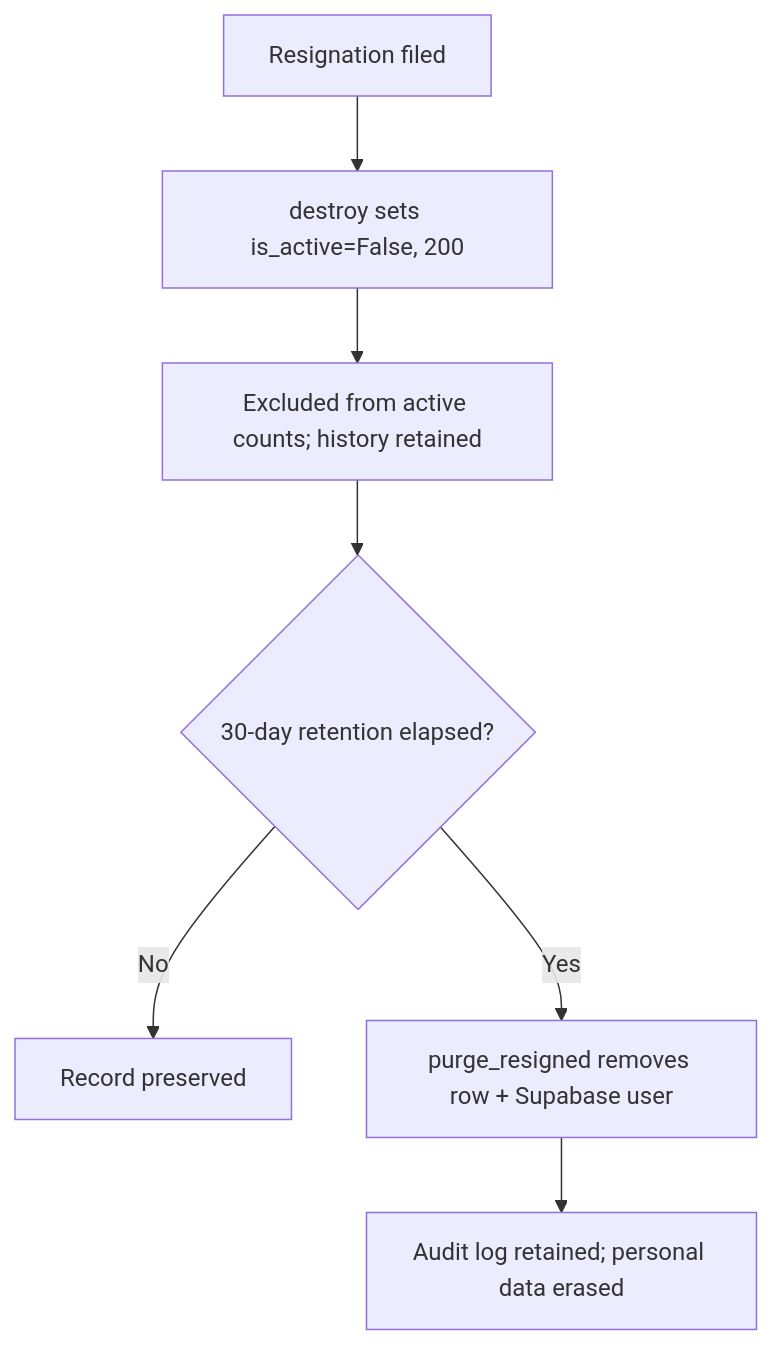
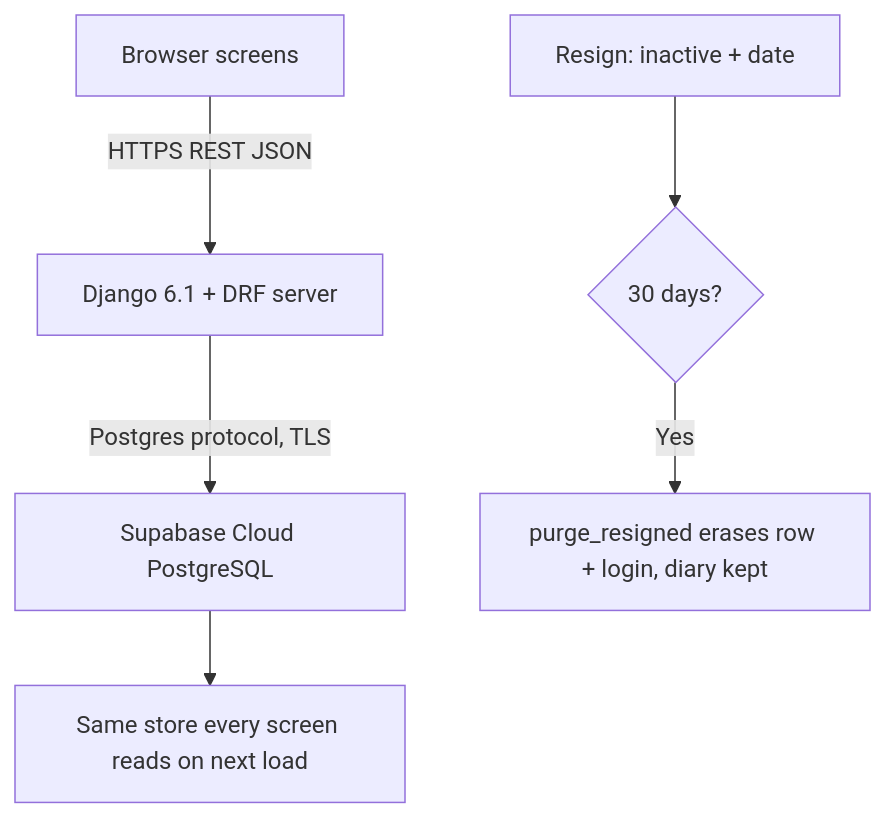
Before and after one commit to kc4el/kumon-ems-: the fifth of 5 diagrams in docs/chapter3/CHAPTER3.md, drawn with Mermaid. The commit also changed other lines of this file and 9 other files, not shown here.

Commit message:
docs: add Chapter 3 documentation on research design, system architecture, and project setup files

````diff
--- a/docs/chapter3/CHAPTER3.md
+++ b/docs/chapter3/CHAPTER3.md
@@ -129,9 +172,8 @@
 ```mermaid
 flowchart TD
-    A[Resignation filed] --> B[destroy sets is_active=False, 200]
-    B --> C[Excluded from active counts; history retained]
-    C --> D{30-day retention elapsed?}
-    D -- No --> E[Record preserved]
-    D -- Yes --> F[purge_resigned removes row + Supabase user]
-    F --> G[Audit log retained; personal data erased]
+    A[Browser screens] -->|HTTPS REST JSON| B[Django 6.1 + DRF server]
+    B -->|Postgres protocol, TLS| C[Supabase Cloud PostgreSQL]
+    C --> D[Same store every screen reads on next load]
+    E[Resign: inactive + date] --> F{30 days?}
+    F -- Yes --> G[purge_resigned erases row + login, diary kept]
 ```
````
